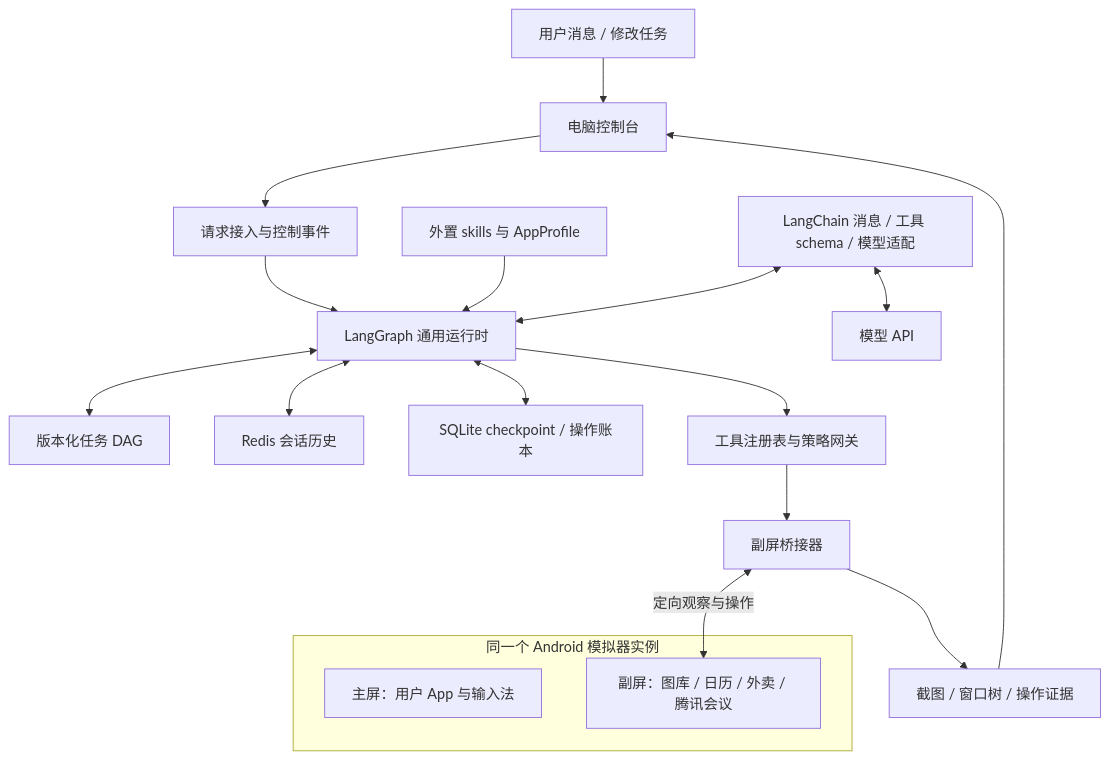
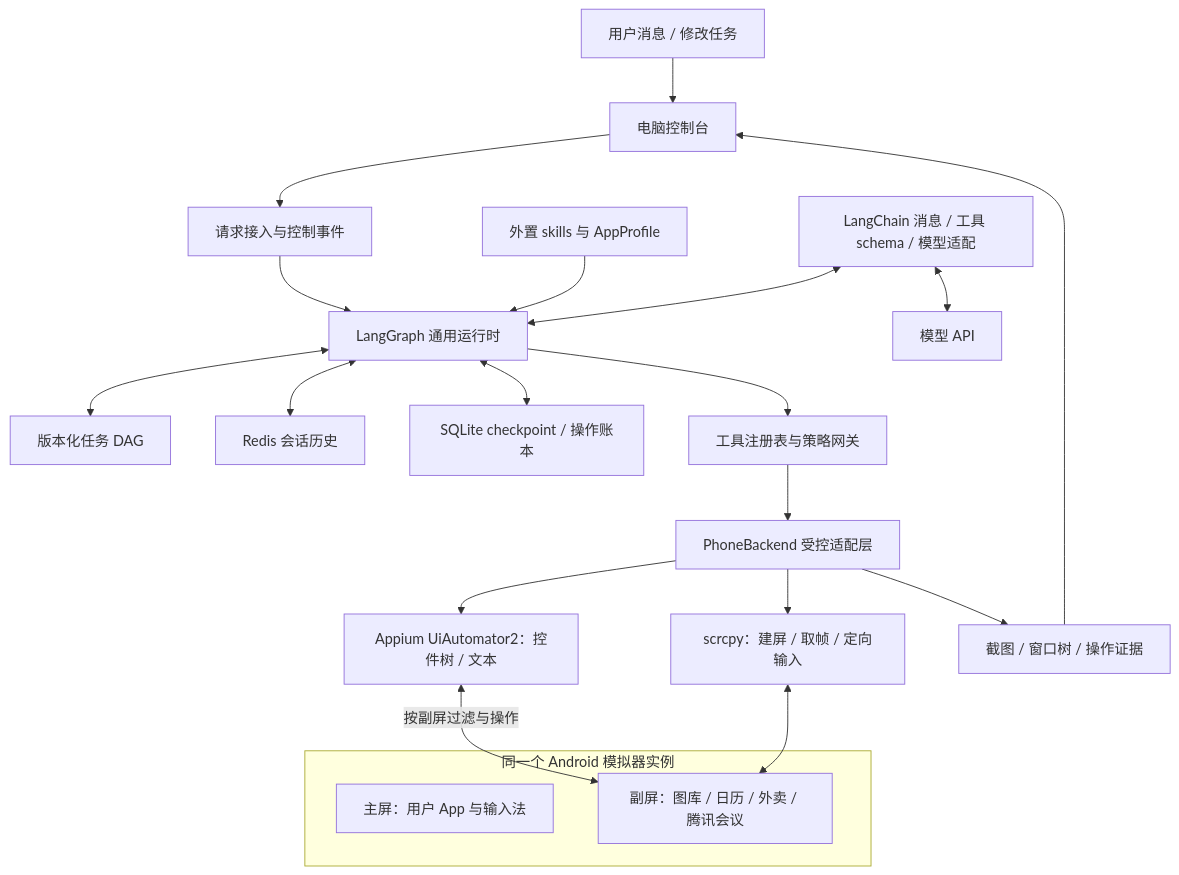
Before and after one commit to Youkinaa/wellphone: the first of 4 diagrams in docs/superpowers/specs/2026-09-21-wellphone-design.md, drawn with Mermaid. The commit also changed other lines of this file and 5 other files, not shown here.

````diff
--- a/docs/superpowers/specs/2026-09-21-wellphone-design.md
+++ b/docs/superpowers/specs/2026-09-21-wellphone-design.md
@@ -27,21 +27,24 @@
 ```mermaid
 flowchart TB
     U[用户消息 / 修改任务] --> UI[电脑控制台]
     UI --> IN[请求接入与控制事件]
     IN --> LG[LangGraph 通用运行时]
     LG <--> DAG[版本化任务 DAG]
     SK[外置 skills 与 AppProfile] --> LG
     LC[LangChain 消息 / 工具 schema / 模型适配] <--> LG
     LC <--> MODEL[模型 API]
     LG <--> HISTORY[Redis 会话历史]
     LG <--> STATE[SQLite checkpoint / 操作账本]
     LG --> GW[工具注册表与策略网关]
-    GW --> BR[副屏桥接器]
+    GW --> BR[PhoneBackend 受控适配层]
+    BR --> AP[Appium UiAutomator2：控件树 / 文本]
+    BR --> SC[scrcpy：建屏 / 取帧 / 定向输入]
     subgraph AVD[同一个 Android 模拟器实例]
         MAIN[主屏：用户 App 与输入法]
         VD[副屏：图库 / 日历 / 外卖 / 腾讯会议]
     end
-    BR <-->|定向观察与操作| VD
+    AP <-->|按副屏过滤与操作| VD
+    SC <--> VD
     BR --> ART[截图 / 窗口树 / 操作证据]
     ART --> UI
 ```
````
